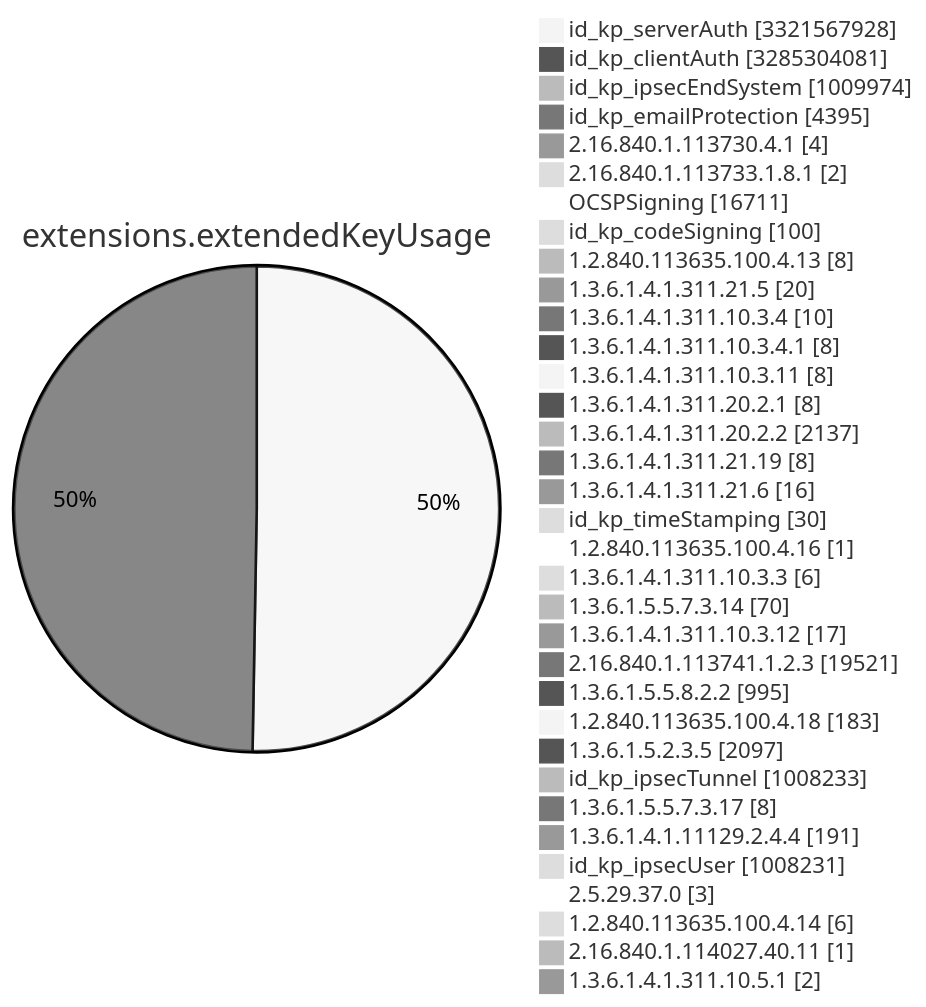
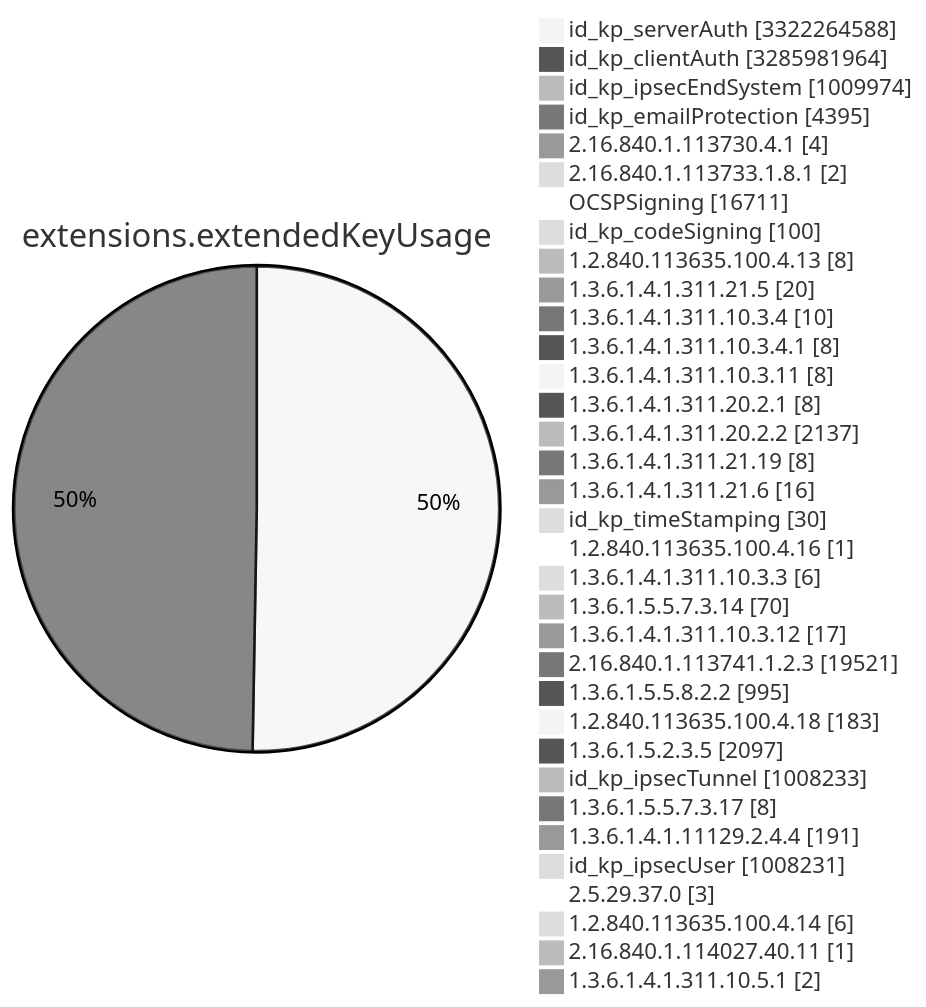
Before and after one commit to christiankrug/ctmonitor_visualization: diagram 11 of 15 in TOTAL/README.md, drawn with Mermaid (neutral theme). The commit also changed other lines of this file, not shown here.

````diff
--- a/TOTAL/README.md
+++ b/TOTAL/README.md
@@ -4120,38 +4120,38 @@
 ```mermaid
 pie showData
 title extensions.extendedKeyUsage
-"id_kp_serverAuth" :3321567928
-"id_kp_clientAuth" :3285304081
+"id_kp_serverAuth" :3322264588
+"id_kp_clientAuth" :3285981964
 "id_kp_ipsecEndSystem" :1009974
 "id_kp_emailProtection" :4395
 "2.16.840.1.113730.4.1" :4
 "2.16.840.1.113733.1.8.1" :2
 "OCSPSigning" :16711
 "id_kp_codeSigning" :100
 "1.2.840.113635.100.4.13" :8
 "1.3.6.1.4.1.311.21.5" :20
 "1.3.6.1.4.1.311.10.3.4" :10
 "1.3.6.1.4.1.311.10.3.4.1" :8
 "1.3.6.1.4.1.311.10.3.11" :8
 "1.3.6.1.4.1.311.20.2.1" :8
 "1.3.6.1.4.1.311.20.2.2" :2137
 "1.3.6.1.4.1.311.21.19" :8
 "1.3.6.1.4.1.311.21.6" :16
 "id_kp_timeStamping" :30
 "1.2.840.113635.100.4.16" :1
 "1.3.6.1.4.1.311.10.3.3" :6
 "1.3.6.1.5.5.7.3.14" :70
 "1.3.6.1.4.1.311.10.3.12" :17
 "2.16.840.1.113741.1.2.3" :19521
 "1.3.6.1.5.5.8.2.2" :995
 "1.2.840.113635.100.4.18" :183
 "1.3.6.1.5.2.3.5" :2097
 "id_kp_ipsecTunnel" :1008233
 "1.3.6.1.5.5.7.3.17" :8
 "1.3.6.1.4.1.11129.2.4.4" :191
 "id_kp_ipsecUser" :1008231
 "2.5.29.37.0" :3
 "1.2.840.113635.100.4.14" :6
 "2.16.840.1.114027.40.11" :1
 "1.3.6.1.4.1.311.10.5.1" :2
 ```
````
